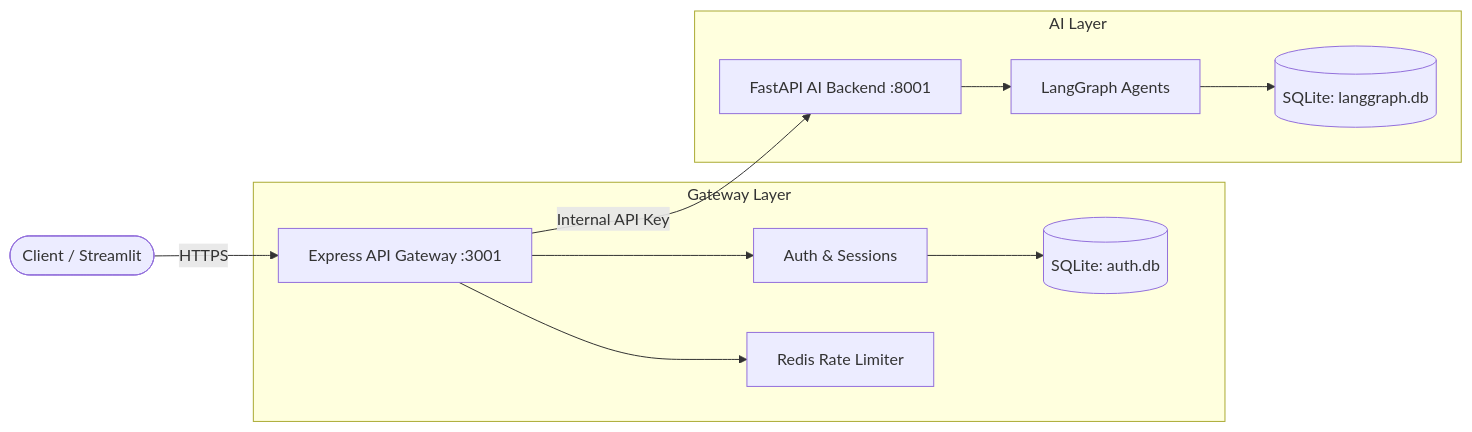
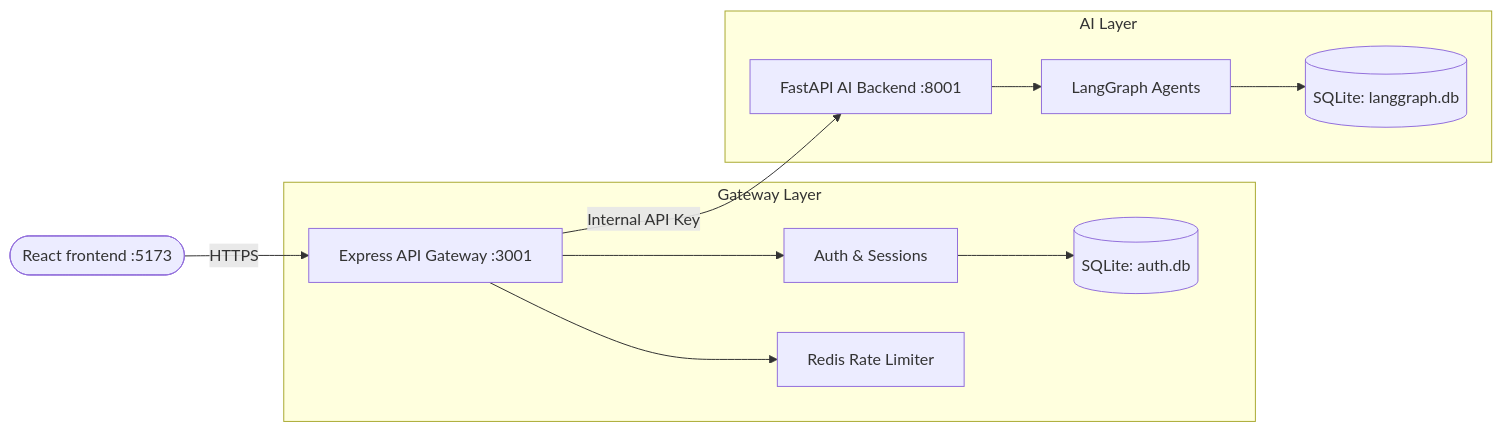
The diagram in gateway/README.md (mithun24112005/agri_agent_backend), drawn with Mermaid before and after one commit. The commit also changed other lines of this file and 22 other files, not shown here.

````diff
--- a/gateway/README.md
+++ b/gateway/README.md
@@ -26,17 +26,17 @@
 ```mermaid
 graph LR
-    Client([Client / Streamlit]) -->|HTTPS| Gateway[Express API Gateway :3001]
+    Client([React frontend :5173]) -->|HTTPS| Gateway[Express API Gateway :3001]
     
     subgraph Gateway Layer
         Gateway --> Auth[Auth & Sessions]
         Gateway --> RL[Redis Rate Limiter]
         Auth --> DB[(SQLite: auth.db)]
     end
     
     Gateway -->|Internal API Key| FastAPI[FastAPI AI Backend :8001]
     
     subgraph AI Layer
         FastAPI --> LangGraph[LangGraph Agents]
         LangGraph --> StateDB[(SQLite: langgraph.db)]
     end
 ```
````
